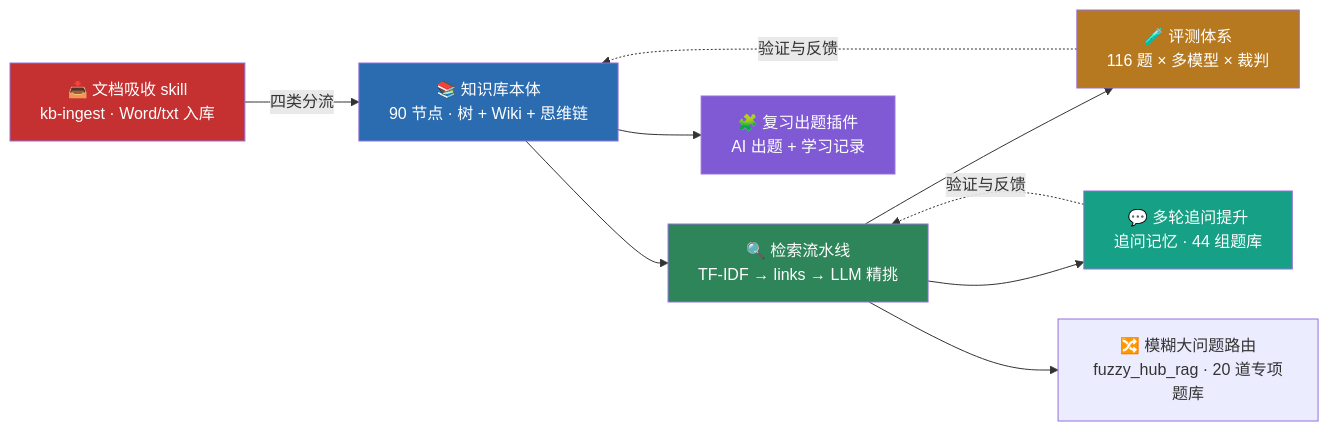
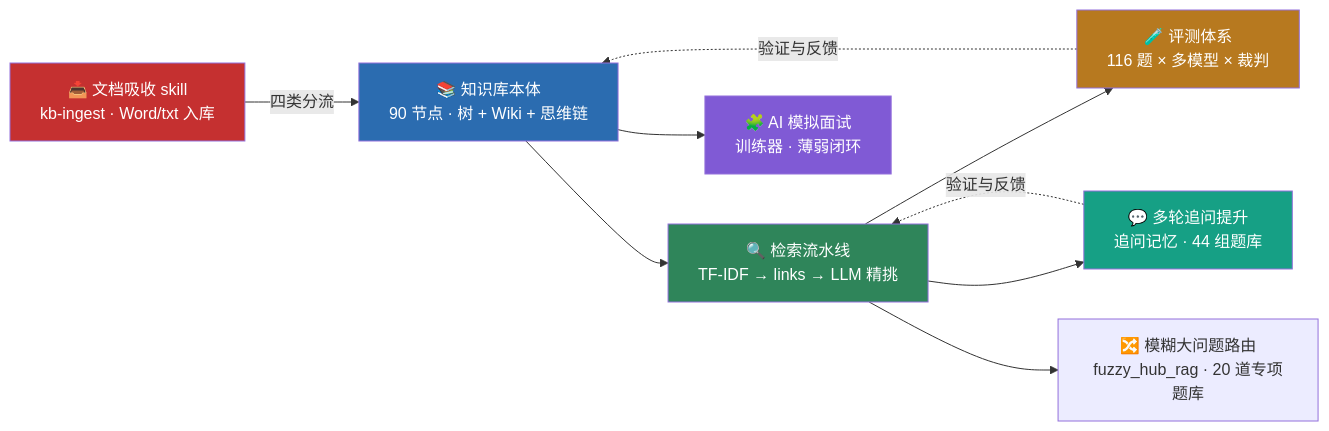
Before and after one commit to Baixiaodou/comm-knowledge-graph: the first of 12 diagrams in README.md, drawn with Mermaid. The commit also changed other lines of this file and 1 other file, not shown here.

````diff
--- a/README.md
+++ b/README.md
@@ -57,18 +57,18 @@
 ```mermaid
 flowchart LR
     A["📚 知识库本体<br/>90 节点 · 树 + Wiki + 思维链"] --> B["🔍 检索流水线<br/>TF-IDF → links → LLM 精挑"]
     B --> C["🧪 评测体系<br/>116 题 × 多模型 × 裁判"]
-    A --> D["🧩 复习出题插件<br/>AI 出题 + 学习记录"]
+    A --> D["🧩 AI 模拟面试<br/>训练器 · 薄弱闭环"]
     B --> E["💬 多轮追问提升<br/>追问记忆 · 44 组题库"]
     E -.->|验证与反馈| B
     B --> F["🔀 模糊大问题路由<br/>fuzzy_hub_rag · 20 道专项题库"]
     G["📥 文档吸收 skill<br/>kb-ingest · Word/txt 入库"] -->|四类分流| A
     C -.->|验证与反馈| A
 
     style A fill:#2b6cb0,color:#fff
     style B fill:#2f855a,color:#fff
     style C fill:#b7791f,color:#fff
     style D fill:#805ad5,color:#fff
     style E fill:#16a085,color:#fff
     style G fill:#c53030,color:#fff
 ```
````
